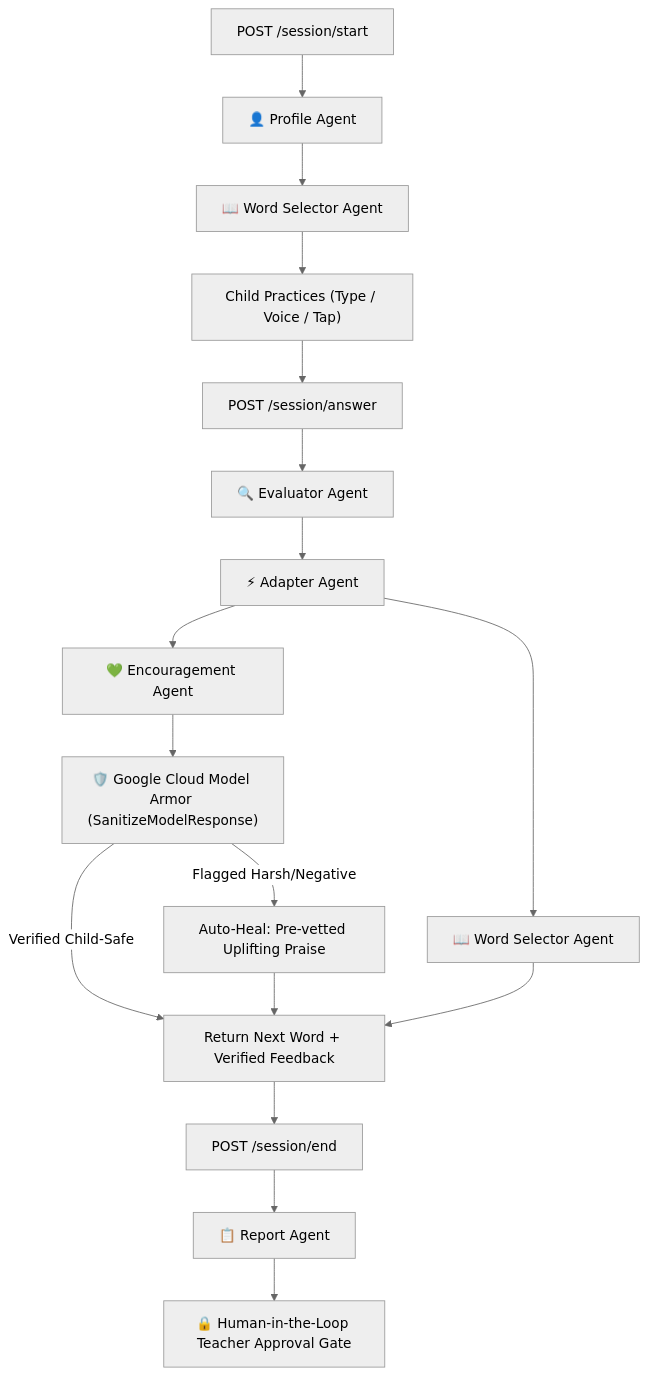
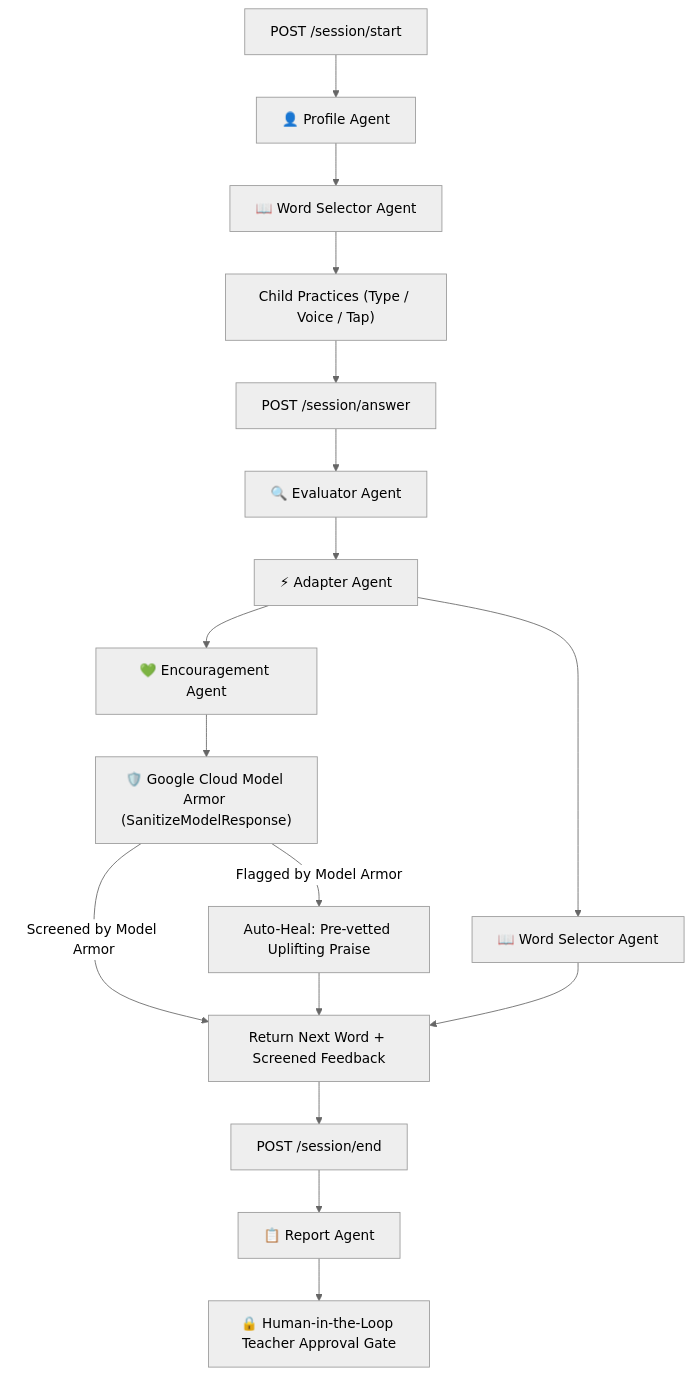
One commit to soumyaritu/WordBloom changed the second of 2 diagrams in README.md. Above: the diagram before and after it, drawn with Mermaid (neutral theme). The commit also changed other lines of this file and 6 other files, not shown here.

Commit message:
docs: align Model Armor RAI filter terminology, badge labels, and .env.example

````diff
--- a/README.md
+++ b/README.md
@@ -220,19 +220,19 @@
 ```mermaid
 graph TD
     A["POST /session/start"] --> B["👤 Profile Agent"]
     B --> C["📖 Word Selector Agent"]
     C --> D["Child Practices (Type / Voice / Tap)"]
     D --> E["POST /session/answer"]
     E --> F["🔍 Evaluator Agent"]
     F --> G["⚡ Adapter Agent"]
     G --> H1["💚 Encouragement Agent"]
     G --> H2["📖 Word Selector Agent"]
     H1 --> MA["🛡️ Google Cloud Model Armor (SanitizeModelResponse)"]
-    MA -->|"Verified Child-Safe"| I["Return Next Word + Verified Feedback"]
-    MA -->|"Flagged Harsh/Negative"| HEAL["Auto-Heal: Pre-vetted Uplifting Praise"]
+    MA -->|"Screened by Model Armor"| I["Return Next Word + Screened Feedback"]
+    MA -->|"Flagged by Model Armor"| HEAL["Auto-Heal: Pre-vetted Uplifting Praise"]
     HEAL --> I
     H2 --> I
     I --> J["POST /session/end"]
     J --> K["📋 Report Agent"]
     K --> L["🔒 Human-in-the-Loop Teacher Approval Gate"]
 ```
````
